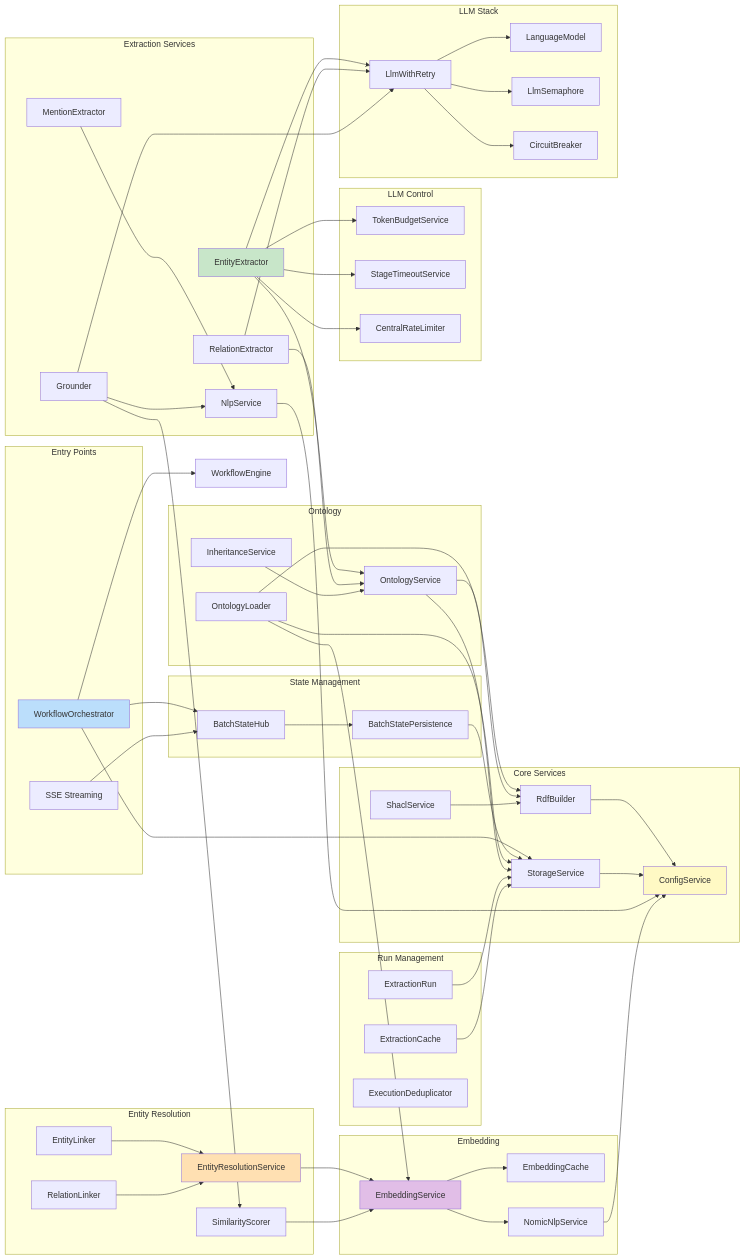
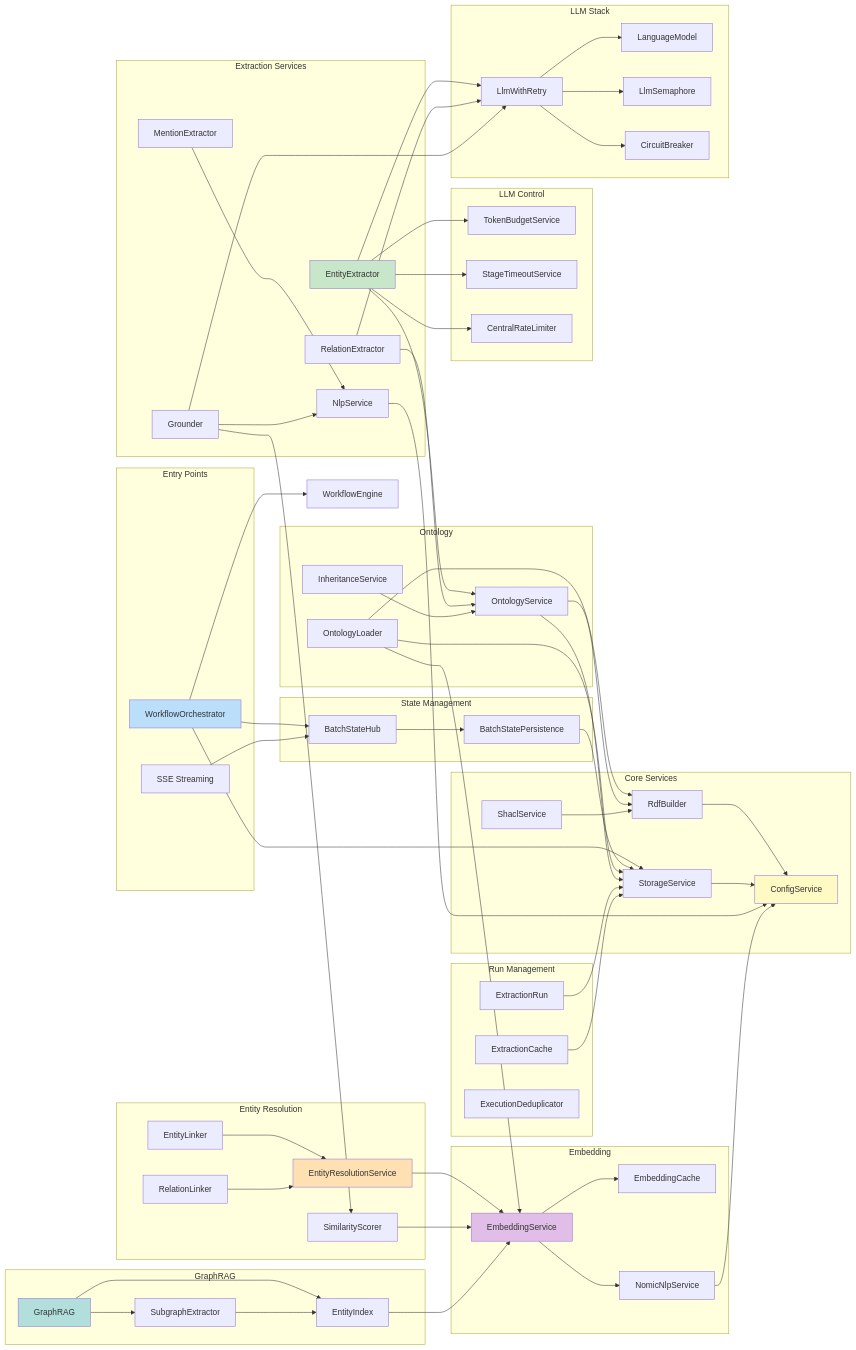
Before and after one commit to mepuka/effect-ontology: the fifth of 17 diagrams in packages/@core-v2/docs/architecture/system-architecture.md, drawn with Mermaid. The commit also changed other lines of this file and 3 other files, not shown here.

First line of the commit message:
feat: add reasoning trace generation (GR-5) and update architecture docs

````diff
--- a/packages/@core-v2/docs/architecture/system-architecture.md
+++ b/packages/@core-v2/docs/architecture/system-architecture.md
@@ -331,6 +345,12 @@
         ES[EmbeddingService]
         EC[EmbeddingCache]
         Nomic[NomicNlpService]
+    end
+
+    subgraph "GraphRAG"
+        GRAG[GraphRAG]
+        EIdx[EntityIndex]
+        SGE[SubgraphExtractor]
     end
 
     subgraph "Ontology"
@@ -417,9 +437,15 @@
     ER --> SS
     ECa --> SS
 
+    GRAG --> EIdx
+    GRAG --> SGE
+    EIdx --> ES
+    SGE --> EIdx
+
     style WO fill:#bbdefb
     style EE fill:#c8e6c9
     style ERS fill:#ffe0b2
     style ES fill:#e1bee7
+    style GRAG fill:#b2dfdb
     style CS fill:#fff9c4
 ```
````
